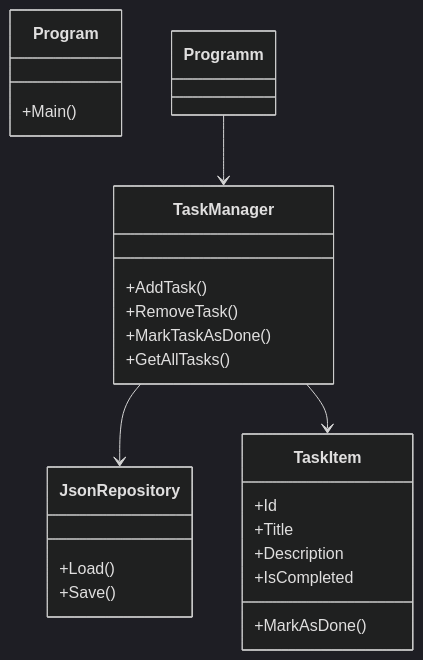
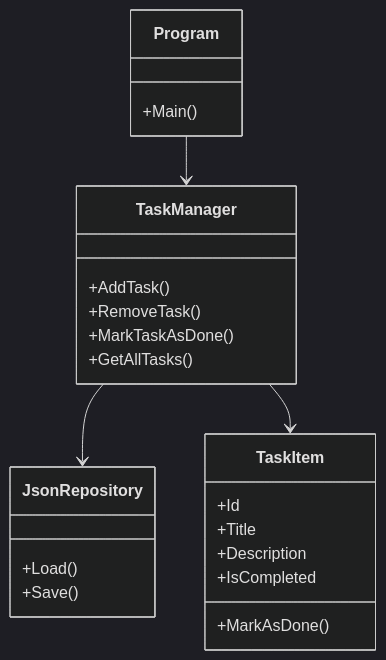
One commit to Lefasto/ToDo changed the diagram in README.md. Above: the diagram before and after it, drawn with Mermaid (dark theme).

Commit message:
fixed a bug in README.md

````diff
--- a/README.md
+++ b/README.md
@@ -34,31 +34,31 @@
 ```mermaid
 classDiagram
 
 class Program {
     +Main()
 }
 
 class TaskManager {
     +AddTask()
     +RemoveTask()
     +MarkTaskAsDone()
     +GetAllTasks()
 }
 
 class JsonRepository {
     +Load()
     +Save()
 }
 
 class TaskItem {
     +Id
     +Title
     +Description
     +IsCompleted
     +MarkAsDone()
 }
 
-Programm --> TaskManager
+Program --> TaskManager
 TaskManager --> JsonRepository
 TaskManager --> TaskItem
 ```
````
